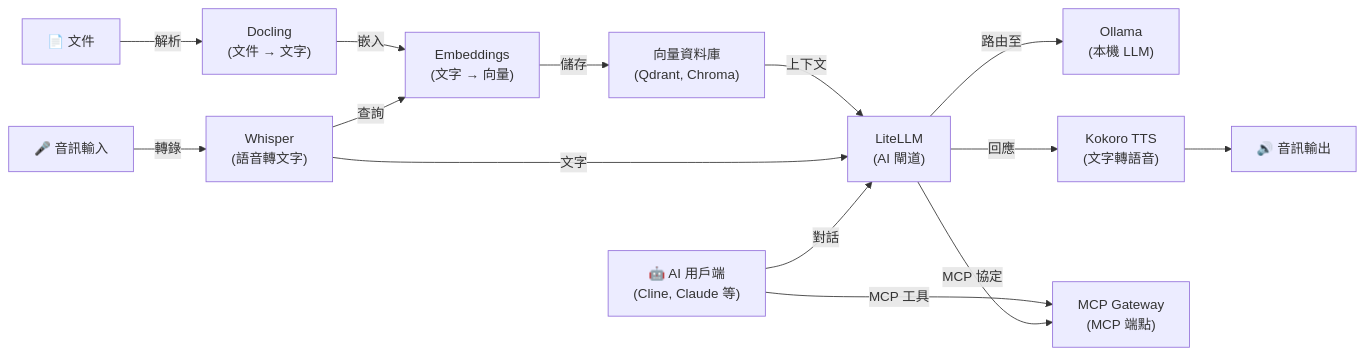
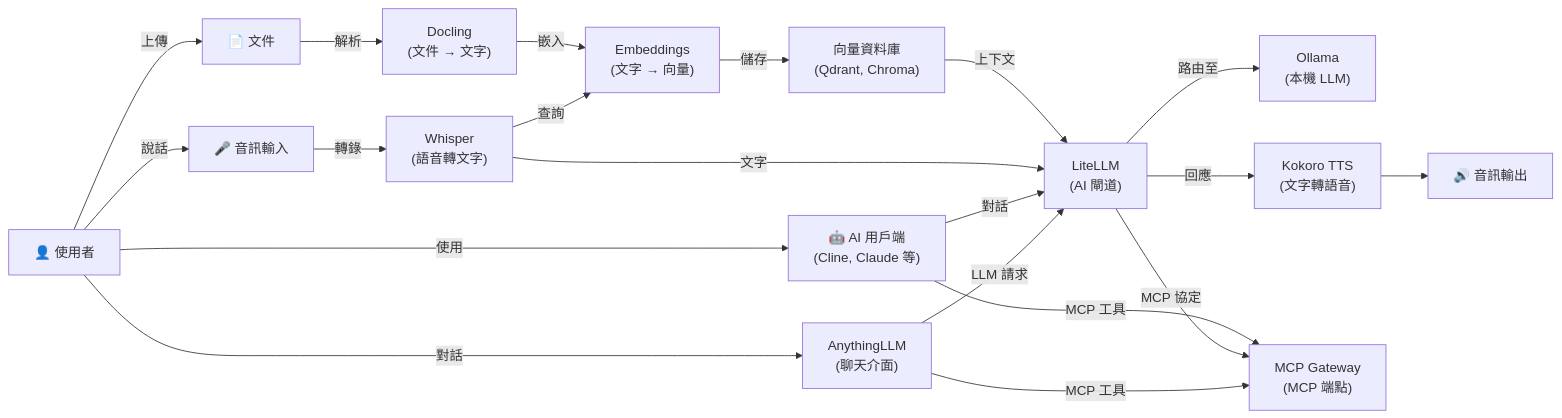
Before and after one commit to hwdsl2/self-hosted-ai-stack: the diagram in README-zh-Hant.md, drawn with Mermaid. The commit also changed 7 other files, not shown here.

````diff
--- a/README-zh-Hant.md
+++ b/README-zh-Hant.md
@@ -38,16 +38,22 @@
 ```mermaid
 graph LR
     A["🎤 音訊輸入"] -->|轉錄| W["Whisper<br/>(語音轉文字)"]
     D["📄 文件"] -->|解析| DC["Docling<br/>(文件 → 文字)"]
     DC -->|嵌入| E["Embeddings<br/>(文字 → 向量)"]
     E -->|儲存| VDB["向量資料庫<br/>(Qdrant, Chroma)"]
     W -->|查詢| E
     VDB -->|上下文| L["LiteLLM<br/>(AI 閘道)"]
     W -->|文字| L
     L -->|路由至| O["Ollama<br/>(本機 LLM)"]
     L -->|回應| T["Kokoro TTS<br/>(文字轉語音)"]
     T --> B["🔊 音訊輸出"]
     C["🤖 AI 用戶端<br/>(Cline, Claude 等)"] -->|MCP 工具| M["MCP Gateway<br/>(MCP 端點)"]
     C -->|對話| L
     L -->|MCP 協定| M
+    U["👤 使用者"] -->|對話| AN["AnythingLLM<br/>(聊天介面)"]
+    AN -->|LLM 請求| L
+    AN -->|MCP 工具| M
+    U -->|使用| C
+    U -->|說話| A
+    U -->|上傳| D
 ```
````
